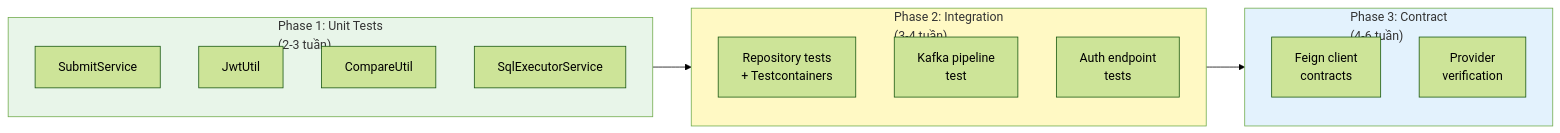
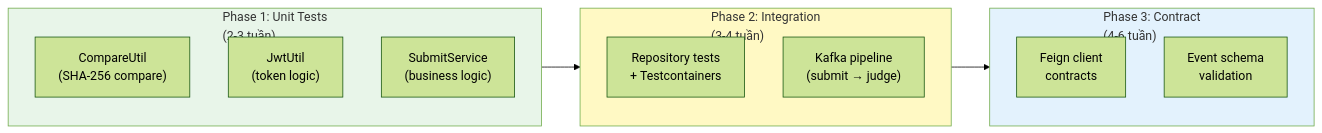
Before and after one commit to hungdn1701/ptit-microservice-textbook: the eighth of 8 diagrams in manuscript/chapter-10.md, drawn with Mermaid (forest theme). The commit also changed other lines of this file and 13 other files, not shown here.

````diff
--- a/manuscript/chapter-10.md
+++ b/manuscript/chapter-10.md
@@ -581,26 +399,24 @@
 ```mermaid
 graph LR
     subgraph Phase1["Phase 1: Unit Tests\n(2-3 tuần)"]
-        U1["SubmitService"]
-        U2["JwtUtil"]
-        U3["CompareUtil"]
-        U4["SqlExecutorService"]
+        U1["CompareUtil\n(SHA-256 compare)"]
+        U2["JwtUtil\n(token logic)"]
+        U3["SubmitService\n(business logic)"]
     end
     
     subgraph Phase2["Phase 2: Integration\n(3-4 tuần)"]
         I1["Repository tests\n+ Testcontainers"]
-        I2["Kafka pipeline\ntest"]
-        I3["Auth endpoint\ntests"]
+        I2["Kafka pipeline\n(submit → judge)"]
     end
     
     subgraph Phase3["Phase 3: Contract\n(4-6 tuần)"]
         C1["Feign client\ncontracts"]
-        C2["Provider\nverification"]
+        C2["Event schema\nvalidation"]
     end
     
     Phase1 --> Phase2 --> Phase3
     
     style Phase1 fill:#E8F5E9
     style Phase2 fill:#FFF9C4
     style Phase3 fill:#E3F2FD
 ```
````
